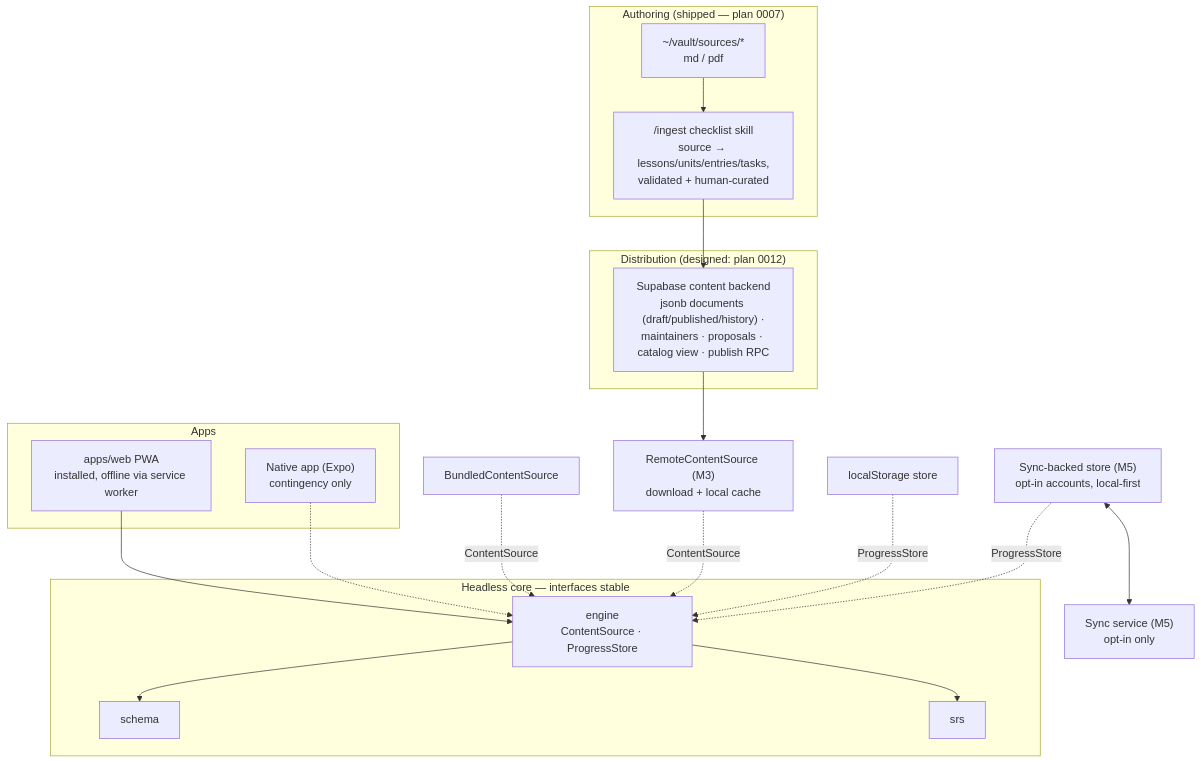
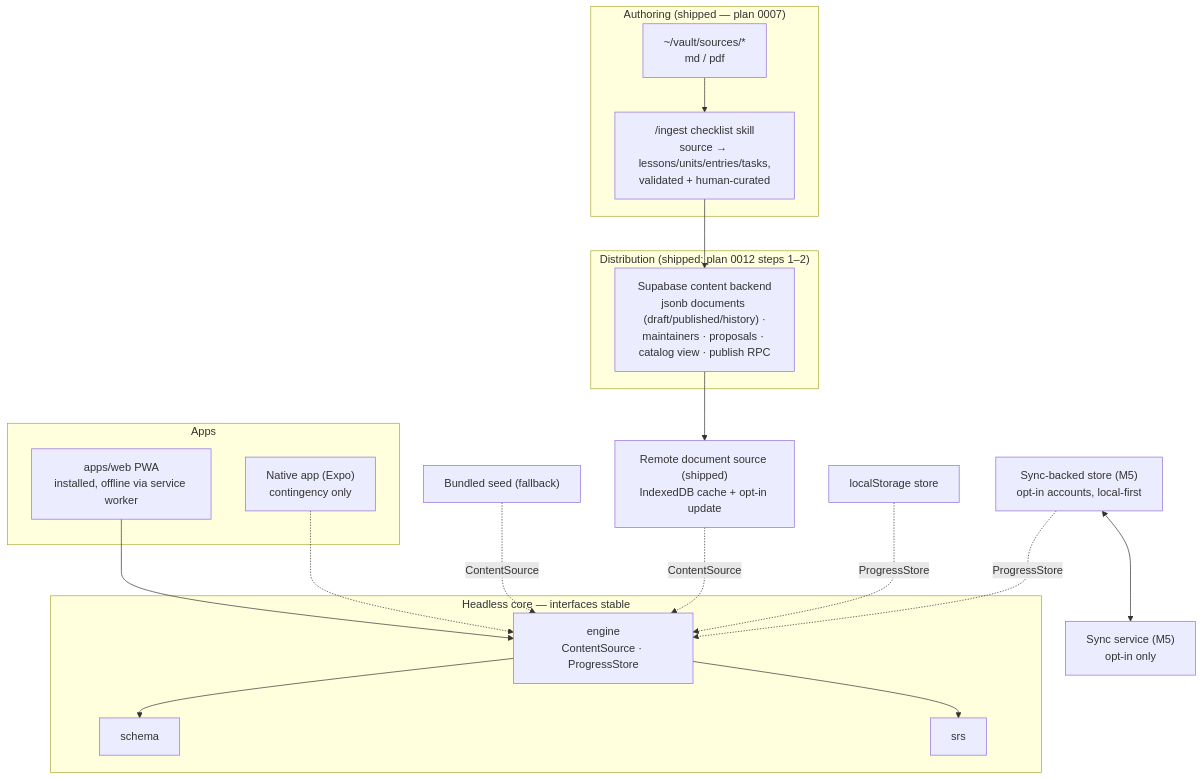
The third of 3 diagrams in docs/architecture.md (MoritzHauer/BetterBeaver), drawn with Mermaid before and after one commit. The commit also changed other lines of this file and 3 other files, not shown here.

````diff
--- a/docs/architecture.md
+++ b/docs/architecture.md
@@ -82,41 +86,41 @@
 ```mermaid
 graph TD
     subgraph authoring ["Authoring (shipped — plan 0007)"]
         sources["~/vault/sources/*<br/>md / pdf"]
         ingest["/ingest checklist skill<br/>source → lessons/units/entries/tasks,<br/>validated + human-curated"]
         sources --> ingest
     end
 
-    subgraph distribution ["Distribution (designed: plan 0012)"]
+    subgraph distribution ["Distribution (shipped: plan 0012 steps 1–2)"]
         catalog["Supabase content backend<br/>jsonb documents (draft/published/history) ·<br/>maintainers · proposals · catalog view · publish RPC"]
     end
     ingest --> catalog
 
     subgraph headless ["Headless core — interfaces stable"]
         schema["schema"]
         srs["srs"]
         engine["engine<br/>ContentSource · ProgressStore"]
         engine --> schema
         engine --> srs
     end
 
     subgraph apps ["Apps"]
         pwa["apps/web PWA<br/>installed, offline via service worker"]
         native["Native app (Expo)<br/>contingency only"]
     end
     pwa --> engine
     native -.-> engine
 
-    bundled["BundledContentSource"]
-    remote["RemoteContentSource (M3)<br/>download + local cache"]
+    bundled["Bundled seed (fallback)"]
+    remote["Remote document source (shipped)<br/>IndexedDB cache + opt-in update"]
     bundled -.->|ContentSource| engine
     remote -.->|ContentSource| engine
     catalog --> remote
 
     localstore["localStorage store"]
     syncstore["Sync-backed store (M5)<br/>opt-in accounts, local-first"]
     localstore -.->|ProgressStore| engine
     syncstore -.->|ProgressStore| engine
     syncBackend["Sync service (M5)<br/>opt-in only"]
     syncstore <--> syncBackend
 ```
````
